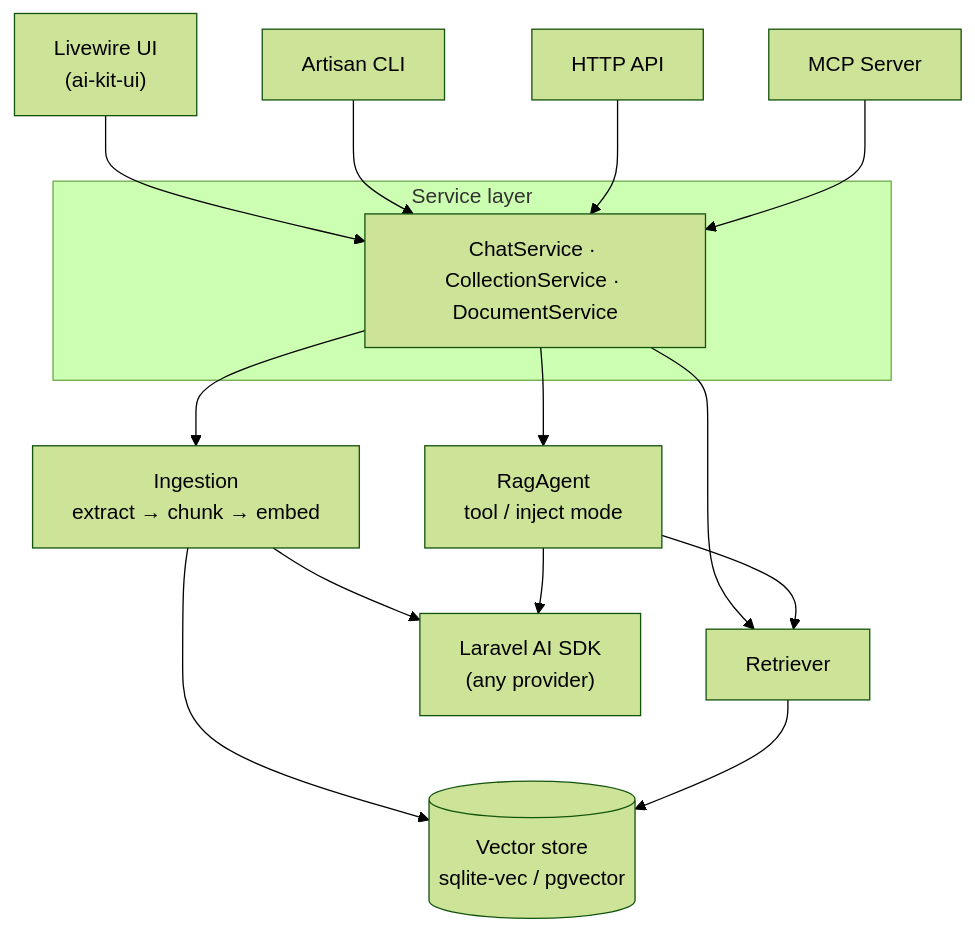
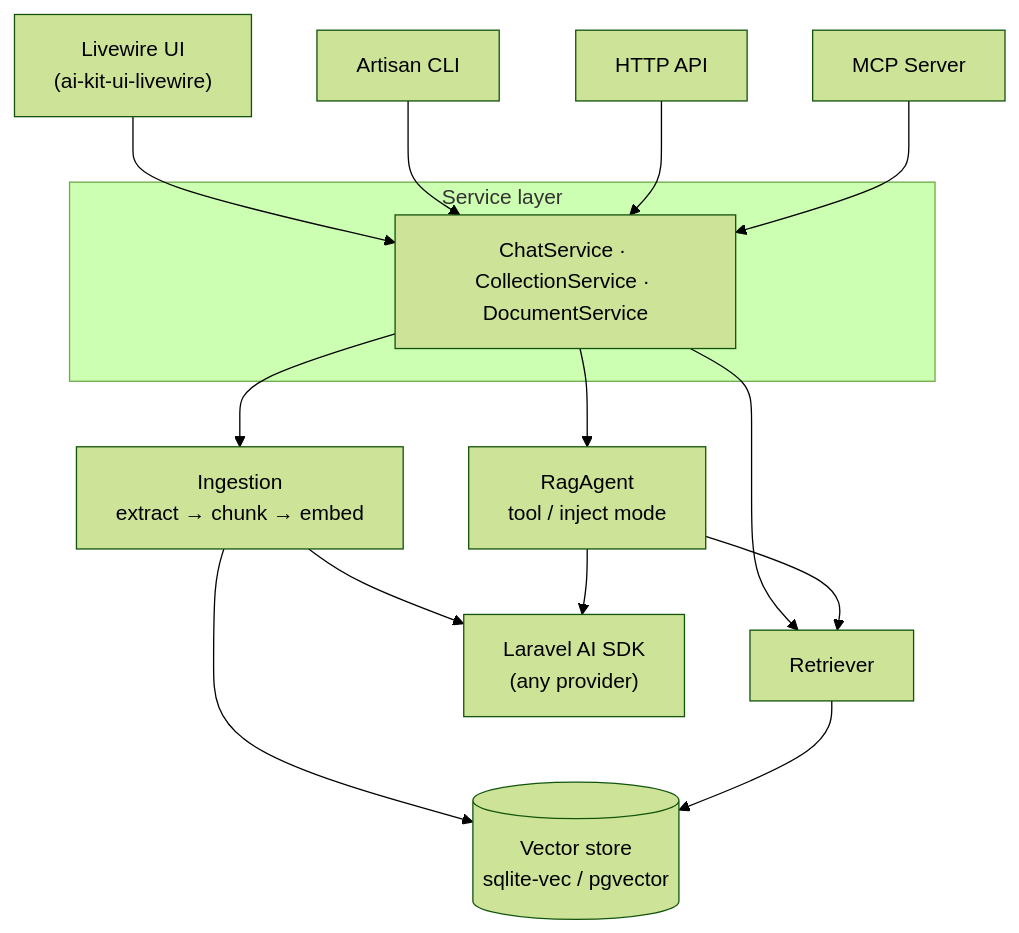
The diagram in README.md (freddymx/ai-kit-core), drawn with Mermaid (forest theme) before and after one commit. The commit also changed other lines of this file and 1 other file, not shown here.

Commit message:
docs: badges + remove dead suite link; ci: release-triggered tests; rename ui package to ai-kit-ui-livewire

````diff
--- a/README.md
+++ b/README.md
@@ -28,26 +33,26 @@
 ```mermaid
 flowchart TB
-    UI["Livewire UI<br/>(ai-kit-ui)"]
+    UI["Livewire UI<br/>(ai-kit-ui-livewire)"]
     CLI["Artisan CLI"]
     API["HTTP API"]
     MCP["MCP Server"]
 
     subgraph services["Service layer"]
         SVC["ChatService · CollectionService · DocumentService"]
     end
 
     UI --> SVC
     CLI --> SVC
     API --> SVC
     MCP --> SVC
 
     SVC --> ING["Ingestion<br/>extract → chunk → embed"]
     SVC --> RET["Retriever"]
     SVC --> AGENT["RagAgent<br/>tool / inject mode"]
 
     ING --> VS[("Vector store<br/>sqlite-vec / pgvector")]
     RET --> VS
     ING --> LLM["Laravel AI SDK<br/>(any provider)"]
     AGENT --> RET
     AGENT --> LLM
 ```
````
